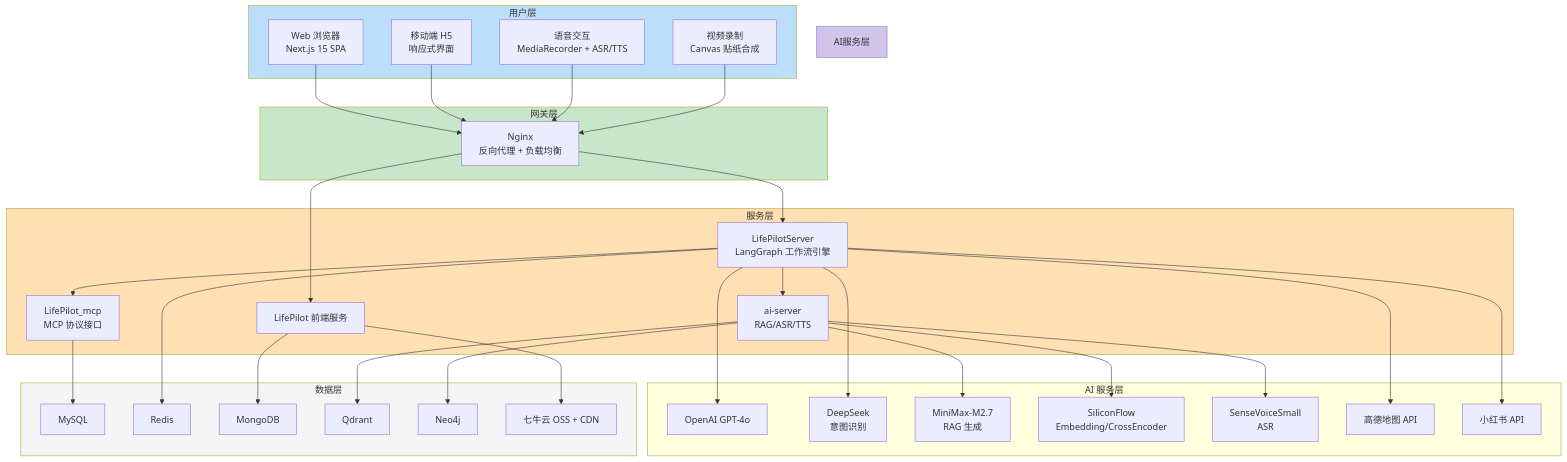
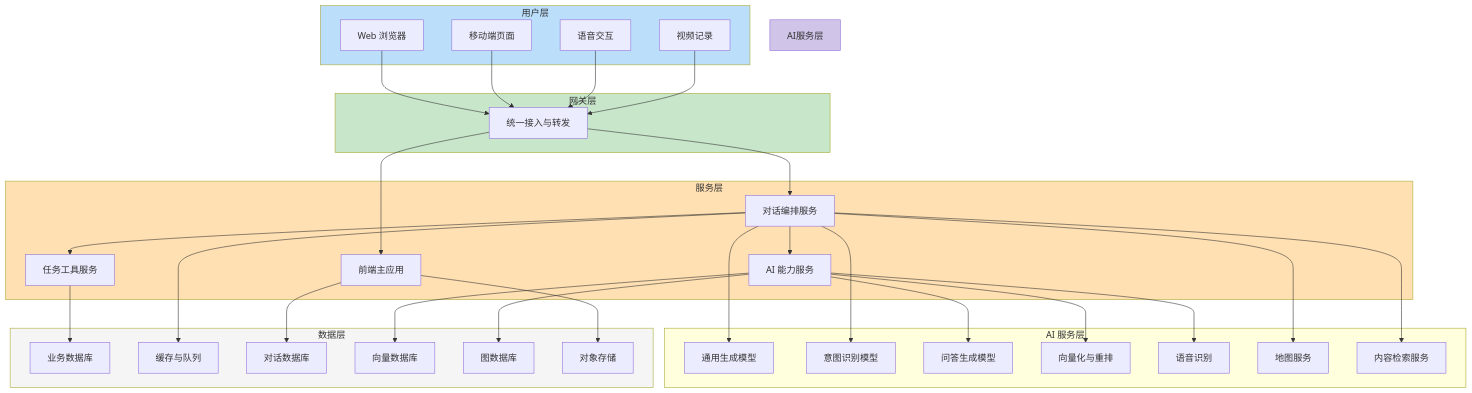
The second of 20 diagrams in 第4章-系统总体设计.md (yanmengssss/Life-Pilot-Total), drawn with Mermaid before and after one commit. The commit also changed other lines of this file and 229 other files, not shown here.

````diff
--- a/第4章-系统总体设计.md
+++ b/第4章-系统总体设计.md
@@ -124,72 +143,72 @@
 ```mermaid
 graph TB
     subgraph 用户层
-        Web["Web 浏览器<br/>Next.js 15 SPA"]
-        H5["移动端 H5<br/>响应式界面"]
-        Voice["语音交互<br/>MediaRecorder + ASR/TTS"]
-        Video["视频录制<br/>Canvas 贴纸合成"]
+        Web["Web 浏览器"]
+        H5["移动端页面"]
+        Voice["语音交互"]
+        Video["视频记录"]
     end
 
     subgraph 网关层
-        Nginx["Nginx<br/>反向代理 + 负载均衡"]
+        Nginx["统一接入与转发"]
     end
 
     subgraph 服务层
-        Frontend["LifePilot 前端服务"]
-        Server["LifePilotServer<br/>LangGraph 工作流引擎"]
-        MCP["LifePilot_mcp<br/>MCP 协议接口"]
-        AIServer["ai-server<br/>RAG/ASR/TTS"]
+        Frontend["前端主应用"]
+        Server["对话编排服务"]
+        MCP["任务工具服务"]
+        AIServer["AI 能力服务"]
     end
 
     subgraph AI 服务层
-        GPT4o["OpenAI GPT-4o"]
-        DeepSeek["DeepSeek<br/>意图识别"]
-        MiniMax["MiniMax-M2.7<br/>RAG 生成"]
-        SiliconFlow["SiliconFlow<br/>Embedding/CrossEncoder"]
-        SenseVoice["SenseVoiceSmall<br/>ASR"]
-        MapAPI["高德地图 API"]
-        Xiaohongshu["小红书 API"]
+        GPT4o["通用生成模型"]
+        DeepSeek["意图识别模型"]
+        MiniMax["问答生成模型"]
+        SiliconFlow["向量化与重排"]
+        SenseVoice["语音识别"]
+        MapAPI["地图服务"]
+        Xiaohongshu["内容检索服务"]
     end
 
     subgraph 数据层
-        MySQL["MySQL"]
-        Redis["Redis"]
-        MongoDB["MongoDB"]
-        Qdrant["Qdrant"]
-        Neo4j["Neo4j"]
-        OSS["七牛云 OSS + CDN"]
+        MySQL["业务数据库"]
+        Redis["缓存与队列"]
+        MongoDB["对话数据库"]
+        Qdrant["向量数据库"]
+        Neo4j["图数据库"]
+        OSS["对象存储"]
     end
 
     Web --> Nginx
     H5 --> Nginx
     Voice --> Nginx
     Video --> Nginx
 
     Nginx --> Frontend
     Nginx --> Server
 
     Server --> GPT4o
     Server --> DeepSeek
     Server --> MCP
     Server --> AIServer
     Server --> Redis
 
     AIServer --> MiniMax
     AIServer --> SiliconFlow
     AIServer --> SenseVoice
     AIServer --> Qdrant
     AIServer --> Neo4j
 
     Server --> MapAPI
     Server --> Xiaohongshu
 
     MCP --> MySQL
     Frontend --> MongoDB
     Frontend --> OSS
 
     style 用户层 fill:#bbdefb
     style 网关层 fill:#c8e6c9
     style 服务层 fill:#ffe0b2
     style AI服务层 fill:#d1c4e9
     style 数据层 fill:#f5f5f5
 ```
````
